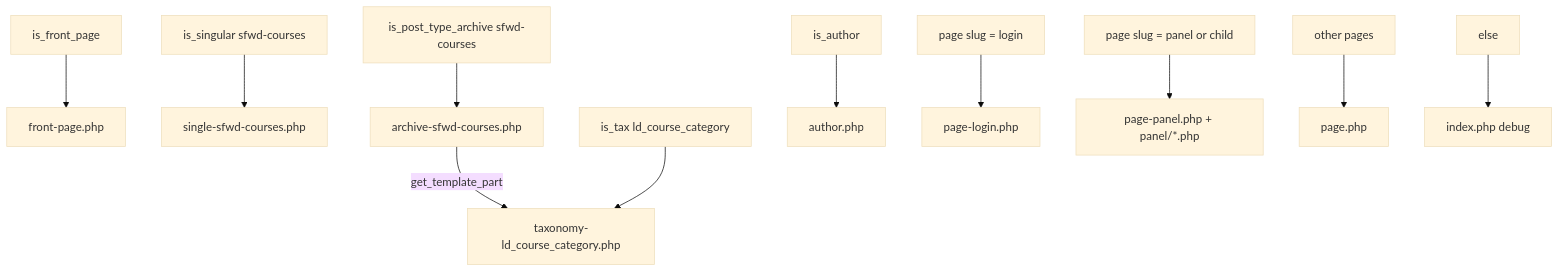
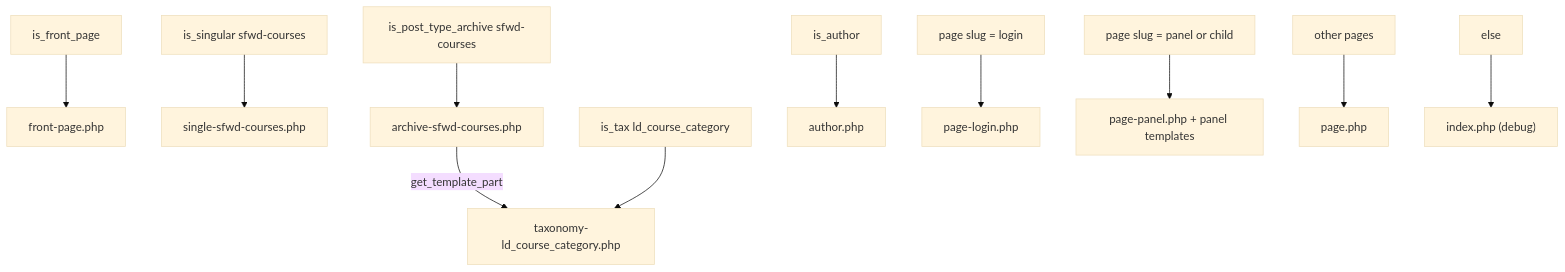
Before and after one commit to ahmad75naraghi/learndash-theme: the sixth of 7 diagrams in ARCHITECTURE.md, drawn with Mermaid (base theme). The commit also changed other lines of this file and 5 other files, not shown here.

````diff
--- a/ARCHITECTURE.md
+++ b/ARCHITECTURE.md
@@ -223,13 +223,13 @@
 ```mermaid
 flowchart TD
-    FRONT[is_front_page] --> F[front-page.php]
-    SING[is_singular sfwd-courses] --> SC[single-sfwd-courses.php]
-    ARCH[is_post_type_archive sfwd-courses] --> AX[archive-sfwd-courses.php]
-    AX -->|get_template_part| TAX
-    TAXT[is_tax ld_course_category] --> TAX[taxonomy-ld_course_category.php]
-    AUTH[is_author] --> AU[author.php]
-    LOGIN[page slug = login] --> PL[page-login.php]
-    PANEL[page slug = panel or child] --> PP[page-panel.php + panel/*.php]
-    OTHER[other pages] --> PG[page.php]
-    FALLBACK[else] --> IDX[index.php debug]
+    FRONT["is_front_page"] --> F["front-page.php"]
+    SING["is_singular sfwd-courses"] --> SC["single-sfwd-courses.php"]
+    ARCH["is_post_type_archive sfwd-courses"] --> AX["archive-sfwd-courses.php"]
+    AX -->|get_template_part| TAX["taxonomy-ld_course_category.php"]
+    TAXT["is_tax ld_course_category"] --> TAX
+    AUTH["is_author"] --> AU["author.php"]
+    LOGIN["page slug = login"] --> PL["page-login.php"]
+    PANEL["page slug = panel or child"] --> PP["page-panel.php + panel templates"]
+    OTHER["other pages"] --> PG["page.php"]
+    FALLBACK["else"] --> IDX["index.php (debug)"]
 ```
````
